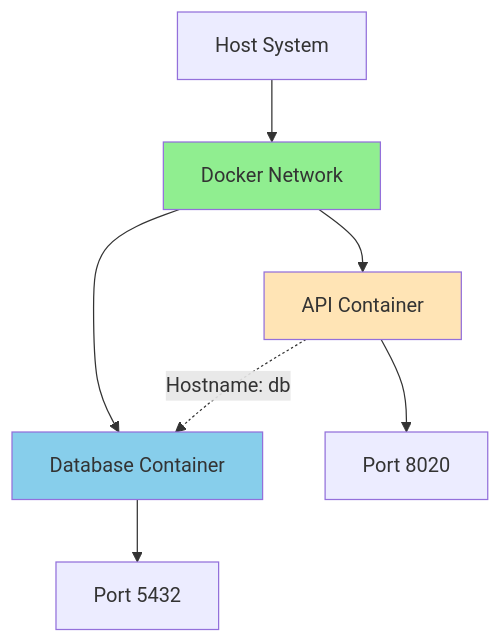
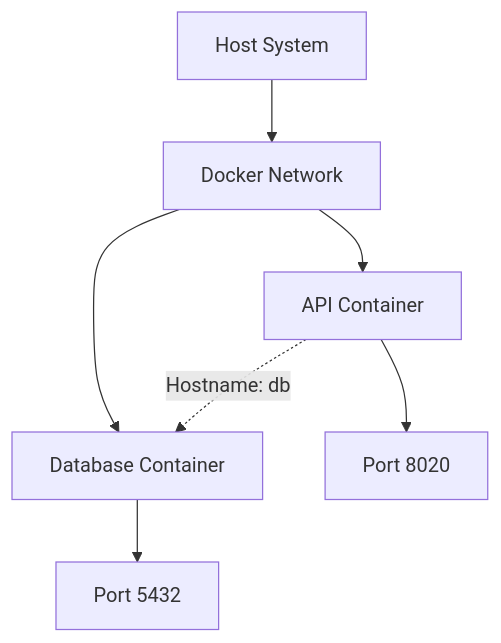
Before and after one commit to 4gh0rn/dev-blog: the fourth of 5 diagrams in docs/projects/truck-signs-api.md, drawn with Mermaid. The commit also changed other lines of this file and 17 other files, not shown here.

````diff
--- a/docs/projects/truck-signs-api.md
+++ b/docs/projects/truck-signs-api.md
@@ -140,16 +133,12 @@
 ```mermaid
 graph TB
     A[Docker Network] --> B[API Container]
     A --> C[Database Container]
     
     B --> B1[Port 8020]
     C --> C1[Port 5432]
     
     B -.->|Hostname: db| C
     
     D[Host System] --> A
-    
-    style A fill:#90EE90
-    style B fill:#FFE4B5
-    style C fill:#87CEEB
 ```
````
